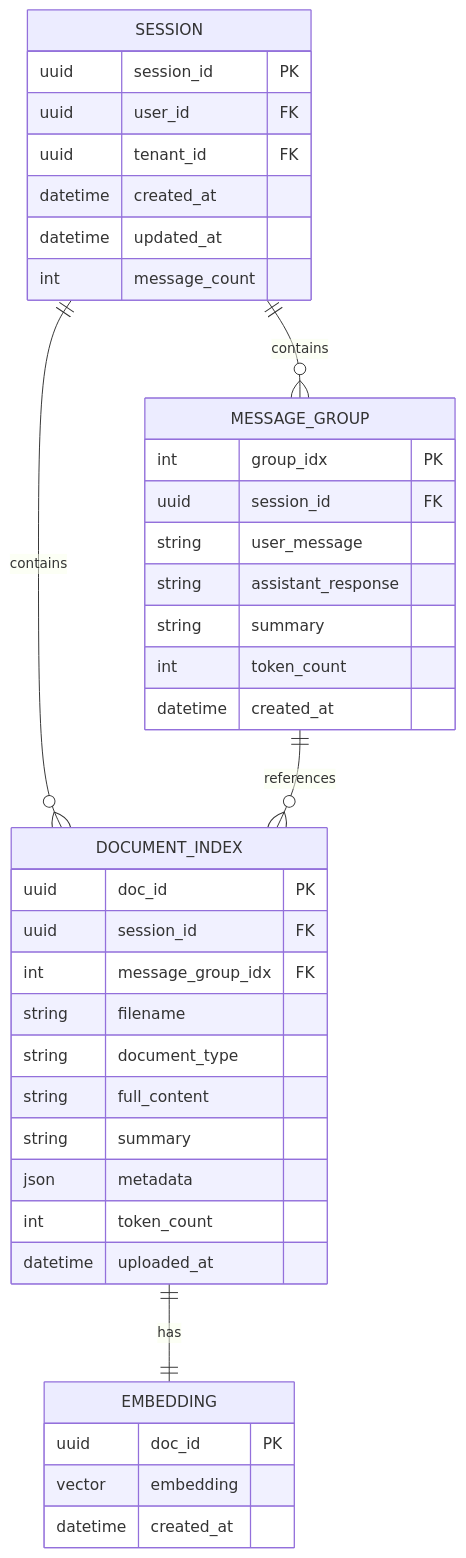
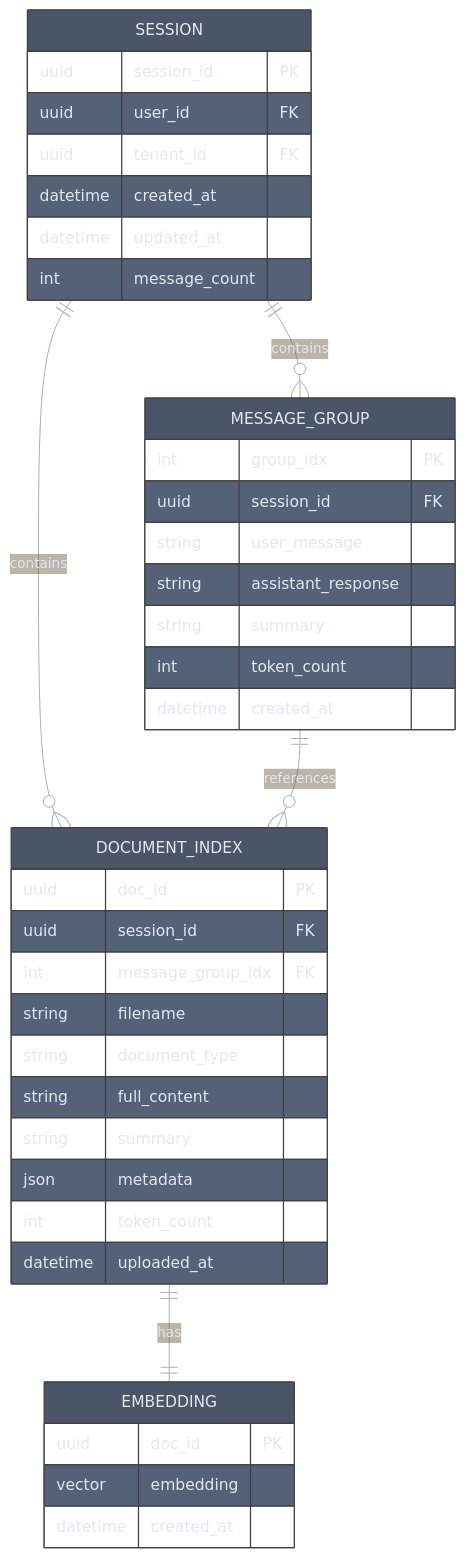
The tenth of 22 diagrams in chat_context/chat_context.md (manumishra-zm/execution_plan), drawn with Mermaid before and after one commit. The commit also changed other lines of this file, not shown here.

````diff
--- a/chat_context/chat_context.md
+++ b/chat_context/chat_context.md
@@ -353,45 +373,46 @@
 ```mermaid
+%%{init: {'theme': 'base', 'themeVariables': { 'primaryColor': '#4a5568', 'primaryTextColor': '#e2e8f0', 'lineColor': '#a0aec0'}}}%%
 erDiagram
     SESSION ||--o{ MESSAGE_GROUP : contains
     SESSION ||--o{ DOCUMENT_INDEX : contains
     MESSAGE_GROUP ||--o{ DOCUMENT_INDEX : references
     DOCUMENT_INDEX ||--|| EMBEDDING : has
 
     SESSION {
         uuid session_id PK
         uuid user_id FK
         uuid tenant_id FK
         datetime created_at
         datetime updated_at
         int message_count
     }
 
     MESSAGE_GROUP {
         int group_idx PK
         uuid session_id FK
         string user_message
         string assistant_response
         string summary
         int token_count
         datetime created_at
     }
 
     DOCUMENT_INDEX {
         uuid doc_id PK
         uuid session_id FK
         int message_group_idx FK
         string filename
         string document_type
         string full_content
         string summary
         json metadata
         int token_count
         datetime uploaded_at
     }
 
     EMBEDDING {
         uuid doc_id PK
         vector embedding
         datetime created_at
     }
 ```
````
